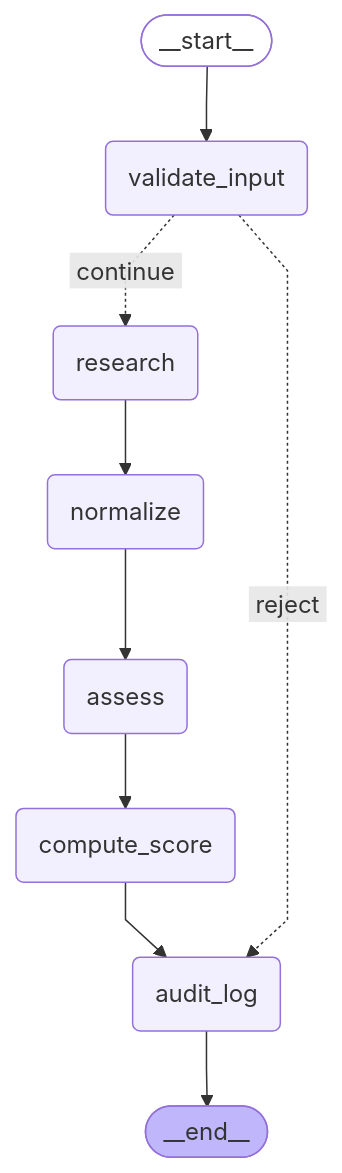
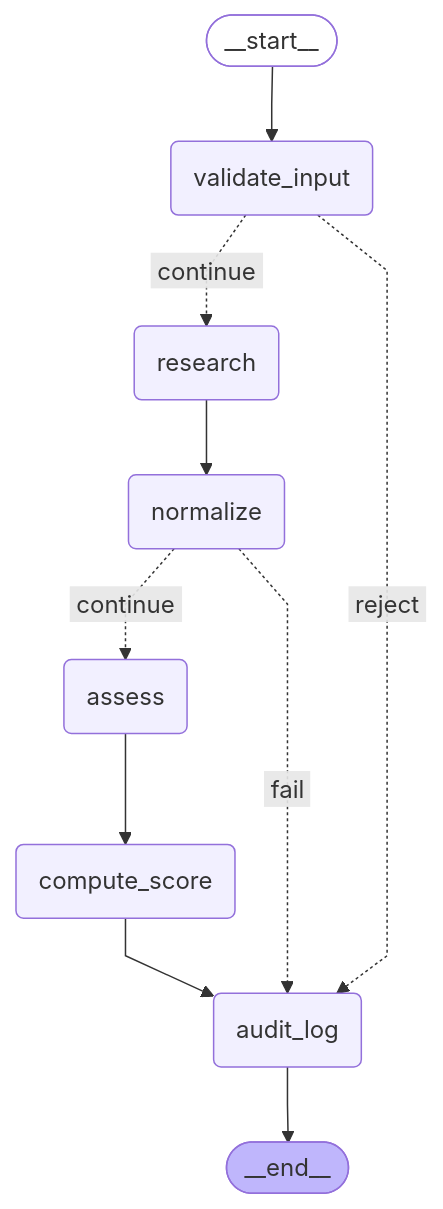
One commit to narcelioferreira/lead-qualifier changed the diagram in docs/grafo.mmd. Above: the diagram before and after it, drawn with Mermaid. The commit also changed 25 other files, not shown here.

```diff
--- a/docs/grafo.mmd
+++ b/docs/grafo.mmd
@@ -1,25 +1,26 @@
 ---
 config:
   flowchart:
     curve: linear
 ---
 graph TD;
 	__start__([<p>__start__</p>]):::first
 	validate_input(validate_input)
 	research(research)
 	normalize(normalize)
 	assess(assess)
 	compute_score(compute_score)
 	audit_log(audit_log)
 	__end__([<p>__end__</p>]):::last
 	__start__ --> validate_input;
 	assess --> compute_score;
 	compute_score --> audit_log;
-	normalize --> assess;
+	normalize -. &nbsp;continue&nbsp; .-> assess;
+	normalize -. &nbsp;fail&nbsp; .-> audit_log;
 	research --> normalize;
 	validate_input -. &nbsp;reject&nbsp; .-> audit_log;
 	validate_input -. &nbsp;continue&nbsp; .-> research;
 	audit_log --> __end__;
 	classDef default fill:#f2f0ff,line-height:1.2
 	classDef first fill-opacity:0
 	classDef last fill:#bfb6fc
```
